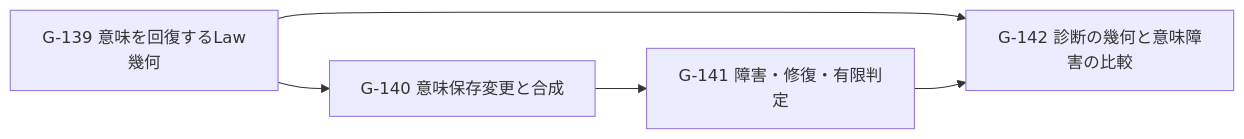
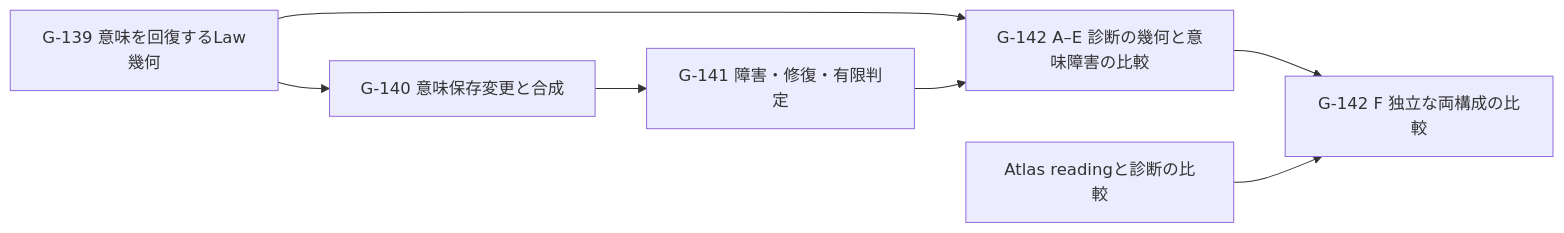
Before and after one commit to iroha1203/AlgebraicArchitectureTheoryV2: the diagram in docs/note/n1020_shigure_polynomial_specializations.md, drawn with Mermaid. The commit also changed other lines of this file and 3 other files, not shown here.

````diff
--- a/docs/note/n1020_shigure_polynomial_specializations.md
+++ b/docs/note/n1020_shigure_polynomial_specializations.md
@@ -355,7 +355,9 @@
 ```mermaid
 flowchart LR
   A[G-139 意味を回復するLaw幾何] --> B[G-140 意味保存変更と合成]
   B --> C[G-141 障害・修復・有限判定]
-  A --> D[G-142 診断の幾何と意味障害の比較]
+  A --> D[G-142 A–E 診断の幾何と意味障害の比較]
   C --> D
+  D --> E[G-142 F 独立な両構成の比較]
+  AT[Atlas readingと診断の比較] --> E
 ```
````
